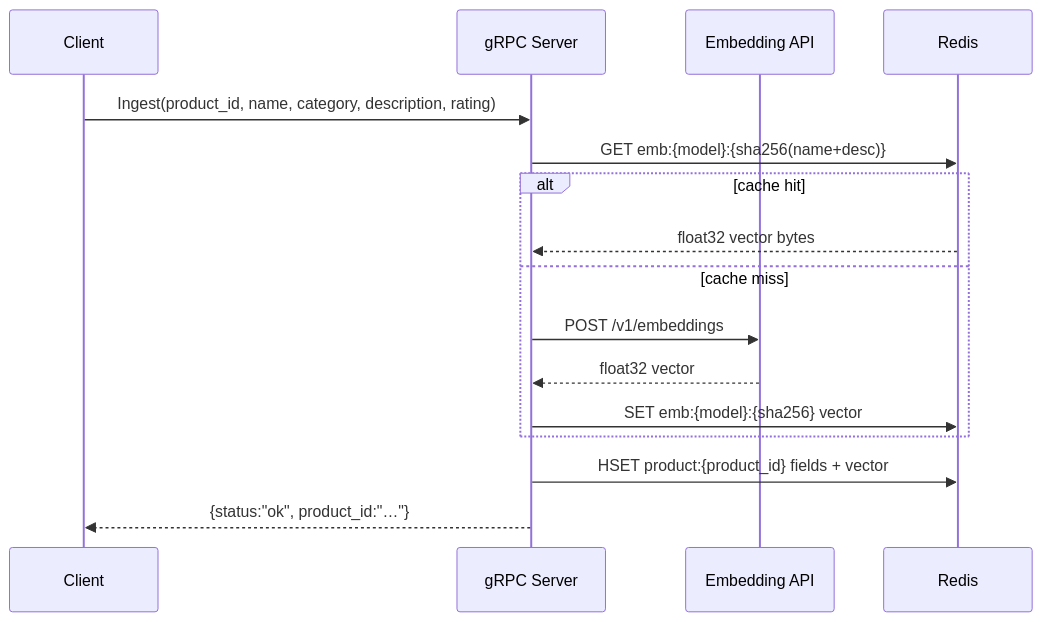
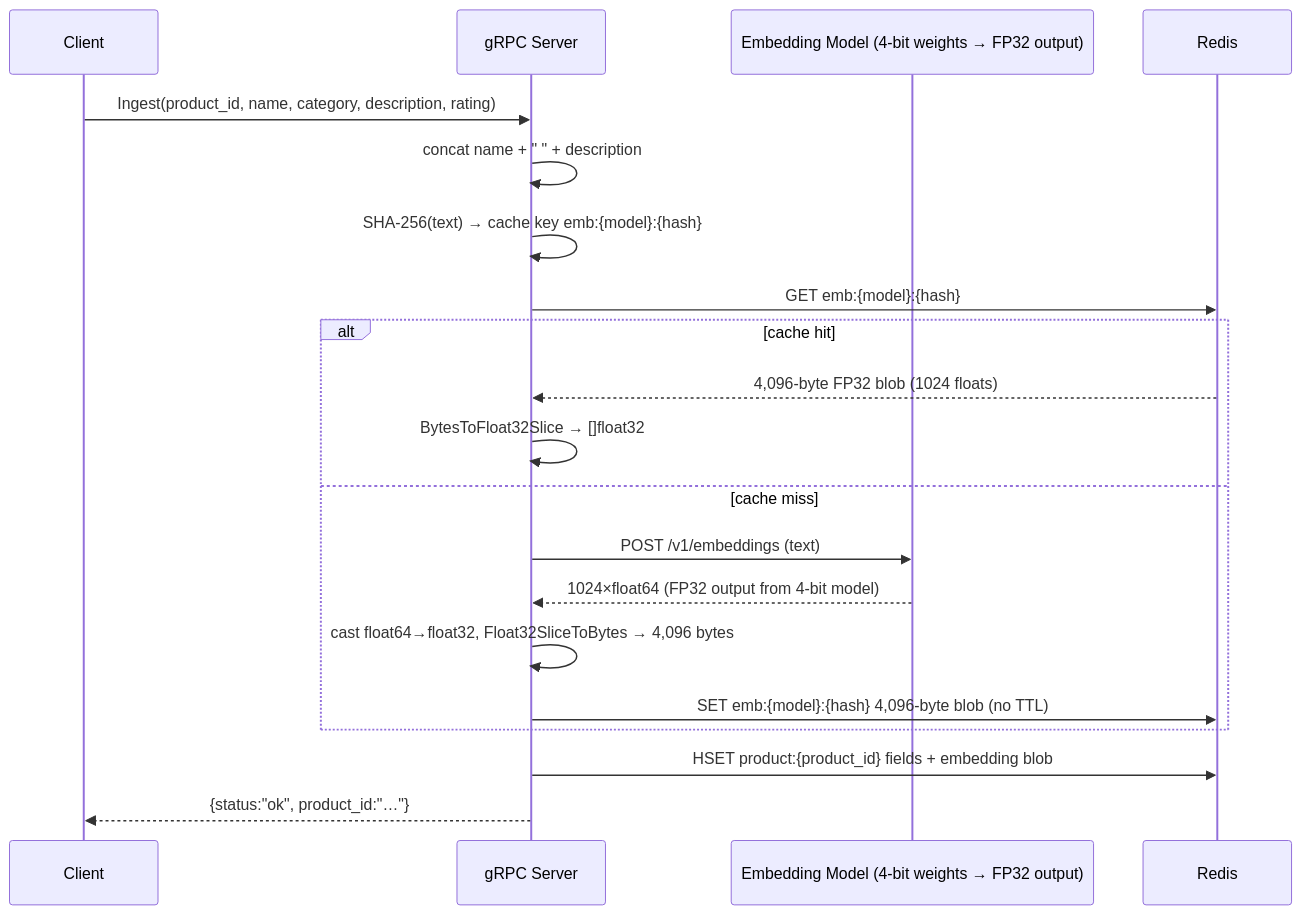
One commit to joshdurbin/redis_vector_search_poc changed the second of 3 diagrams in README.md. Above: the diagram before and after it, drawn with Mermaid. The commit also changed other lines of this file, not shown here.

````diff
--- a/README.md
+++ b/README.md
@@ -25,19 +25,23 @@
 ```mermaid
 sequenceDiagram
     participant C as Client
     participant S as gRPC Server
-    participant E as Embedding API
+    participant E as Embedding Model (4-bit weights → FP32 output)
     participant R as Redis
 
     C->>S: Ingest(product_id, name, category, description, rating)
-    S->>R: GET emb:{model}:{sha256(name+desc)}
+    S->>S: concat name + " " + description
+    S->>S: SHA-256(text) → cache key emb:{model}:{hash}
+    S->>R: GET emb:{model}:{hash}
     alt cache hit
-        R-->>S: float32 vector bytes
+        R-->>S: 4,096-byte FP32 blob (1024 floats)
+        S->>S: BytesToFloat32Slice → []float32
     else cache miss
-        S->>E: POST /v1/embeddings
-        E-->>S: float32 vector
-        S->>R: SET emb:{model}:{sha256} vector
+        S->>E: POST /v1/embeddings (text)
+        E-->>S: 1024×float64 (FP32 output from 4-bit model)
+        S->>S: cast float64→float32, Float32SliceToBytes → 4,096 bytes
+        S->>R: SET emb:{model}:{hash} 4,096-byte blob (no TTL)
     end
-    S->>R: HSET product:{product_id} fields + vector
+    S->>R: HSET product:{product_id} fields + embedding blob
     S-->>C: {status:"ok", product_id:"…"}
 ```
````
